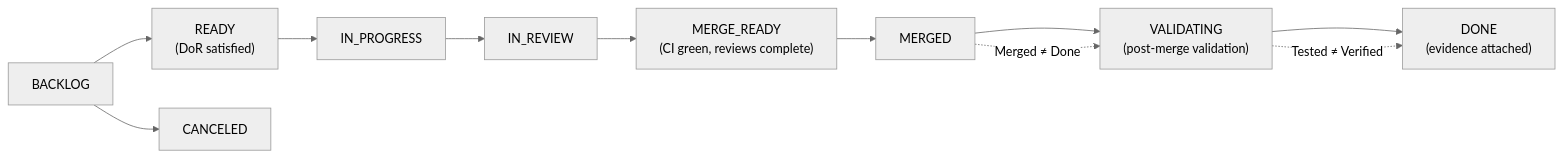
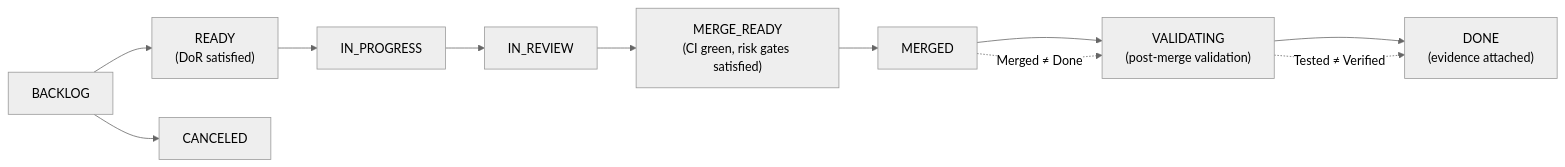
The first of 2 diagrams in docs/08_Definition_of_Ready_and_Done.md (Asperant/critical-aerospace-manufacturing), drawn with Mermaid (neutral theme) before and after one commit. The commit also changed other lines of this file and 48 other files, not shown here.

````diff
--- a/docs/08_Definition_of_Ready_and_Done.md
+++ b/docs/08_Definition_of_Ready_and_Done.md
@@ -98,7 +98,7 @@
 ```mermaid
 flowchart LR
-  B["BACKLOG"] --> R["READY<br/>(DoR satisfied)"] --> I["IN_PROGRESS"] --> RV["IN_REVIEW"] --> MR["MERGE_READY<br/>(CI green, reviews complete)"] --> M["MERGED"] --> V["VALIDATING<br/>(post-merge validation)"] --> D["DONE<br/>(evidence attached)"]
+  B["BACKLOG"] --> R["READY<br/>(DoR satisfied)"] --> I["IN_PROGRESS"] --> RV["IN_REVIEW"] --> MR["MERGE_READY<br/>(CI green, risk gates satisfied)"] --> M["MERGED"] --> V["VALIDATING<br/>(post-merge validation)"] --> D["DONE<br/>(evidence attached)"]
   M -. "Merged ≠ Done" .-> V
   V -. "Tested ≠ Verified" .-> D
   B --> C["CANCELED"]
 ```
````
